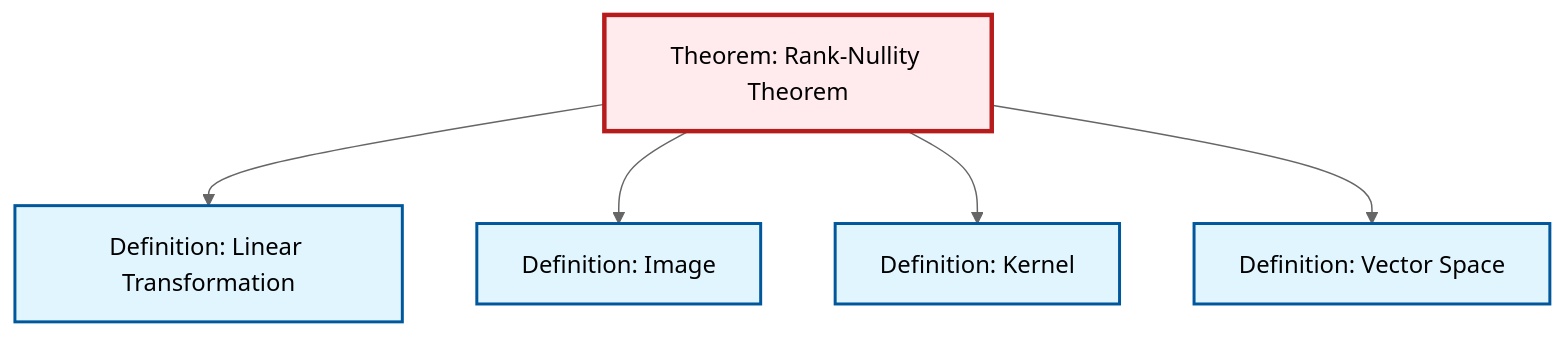
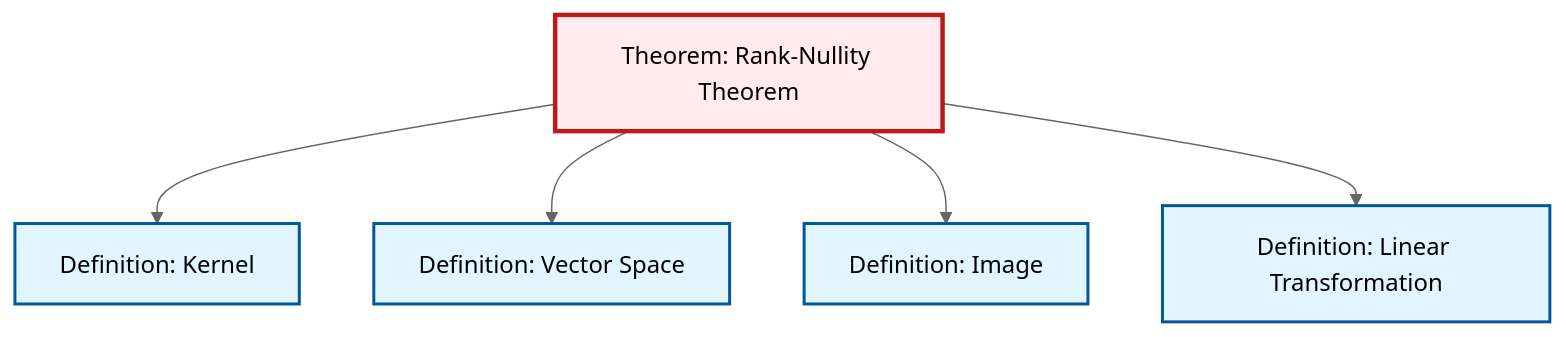
Before and after one commit to RK0429/ModernMath: the diagram in content/ja/algebra/thm-rank-nullity.qmd, drawn with Mermaid (neutral theme). The commit also changed other lines of this file and 360 other files, not shown here.

````diff
--- a/content/ja/algebra/thm-rank-nullity.qmd
+++ b/content/ja/algebra/thm-rank-nullity.qmd
@@ -56,23 +56,23 @@
 ```{mermaid}
 %%| fig-cap: "Local dependency graph"
 graph TD
     classDef definition fill:#e1f5fe,stroke:#01579b,stroke-width:2px
     classDef theorem fill:#f3e5f5,stroke:#4a148c,stroke-width:2px
     classDef axiom fill:#fff3e0,stroke:#e65100,stroke-width:2px
     classDef example fill:#e8f5e9,stroke:#1b5e20,stroke-width:2px
     classDef current fill:#ffebee,stroke:#b71c1c,stroke-width:3px
+    thm-rank-nullity["Theorem: Rank-Nullity Theorem"]:::theorem
     def-kernel["Definition: Kernel"]:::definition
+    def-image["Definition: Image"]:::definition
+    def-vector-space["Definition: Vector Space"]:::definition
     def-linear-transformation["Definition: Linear Transformation"]:::definition
-    def-vector-space["Definition: Vector Space"]:::definition
-    thm-rank-nullity["Theorem: Rank-Nullity Theorem"]:::theorem
-    def-image["Definition: Image"]:::definition
-    thm-rank-nullity --> def-linear-transformation
-    thm-rank-nullity --> def-image
     thm-rank-nullity --> def-kernel
     thm-rank-nullity --> def-vector-space
+    thm-rank-nullity --> def-image
+    thm-rank-nullity --> def-linear-transformation
     class thm-rank-nullity current
     click def-kernel "def-kernel.html" "Definition: Kernelへ"
+    click def-image "def-image.html" "Definition: Imageへ"
+    click def-vector-space "def-vector-space.html" "Definition: Vector Spaceへ"
     click def-linear-transformation "def-linear-transformation.html" "Definition: Linear Transformationへ"
-    click def-vector-space "def-vector-space.html" "Definition: Vector Spaceへ"
-    click def-image "def-image.html" "Definition: Imageへ"
 ```
````
